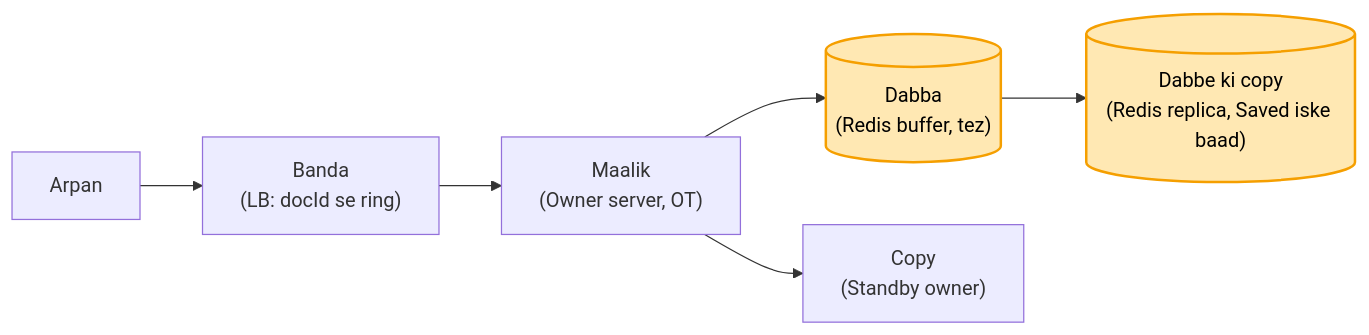
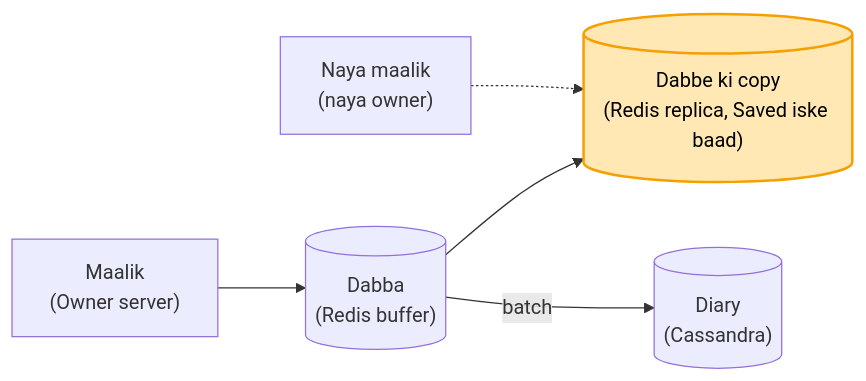
One commit to ArpanMaheshwari144/Prep changed the fifth of 7 diagrams in 04_HLD/SYSTEM_DESIGNS/11_google_docs_collab/11_google_docs_collab.md. Above: the diagram before and after it, drawn with Mermaid. The commit also changed other lines of this file and 17 other files, not shown here.

Commit message:
HLD: 17 main files hand notes se milaye (har block alag section, kahani + asli naam, mermaid), technical naam bhi rakhe

````diff
--- a/04_HLD/SYSTEM_DESIGNS/11_google_docs_collab/11_google_docs_collab.md
+++ b/04_HLD/SYSTEM_DESIGNS/11_google_docs_collab/11_google_docs_collab.md
@@ -98,10 +116,8 @@
 ```mermaid
 flowchart LR
-    A["Arpan"] --> LB["Banda<br/>(LB: docId se ring)"]
-    LB --> O["Maalik<br/>(Owner server, OT)"]
-    O --> B[("Dabba<br/>(Redis buffer, tez)")]
-    B --> D[("Dabbe ki copy<br/>(Redis replica, Saved iske baad)")]
-    O --> C["Copy<br/>(Standby owner)"]
-    style B fill:#ffe8b3,stroke:#f59f00,stroke-width:2px,color:#000
-    style D fill:#ffe8b3,stroke:#f59f00,stroke-width:2px,color:#000
+    O["Maalik<br/>(Owner server)"] --> B[("Dabba<br/>(Redis buffer)")]
+    B --> C[("Dabbe ki copy<br/>(Redis replica, Saved iske baad)")]
+    B -- "batch" --> D[("Diary<br/>(Cassandra)")]
+    N["Naya maalik<br/>(naya owner)"] -.-> C
+    style C fill:#ffe8b3,stroke:#f59f00,stroke-width:2px,color:#000
 ```
````
